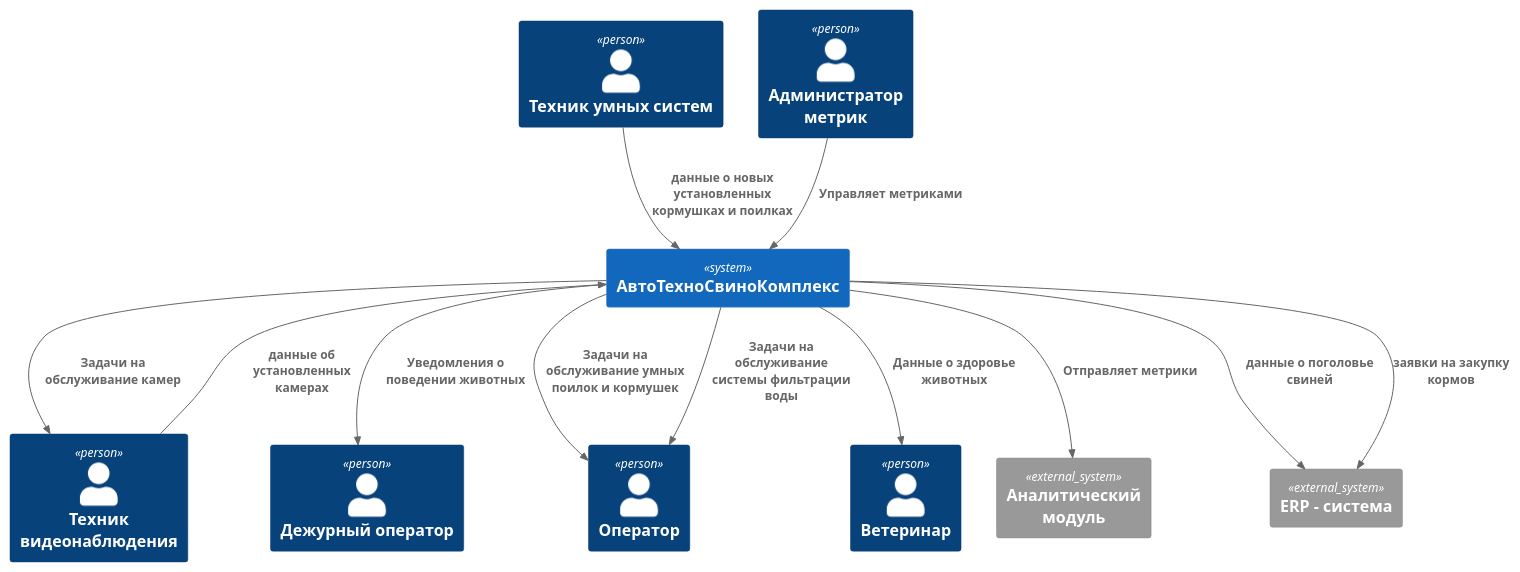
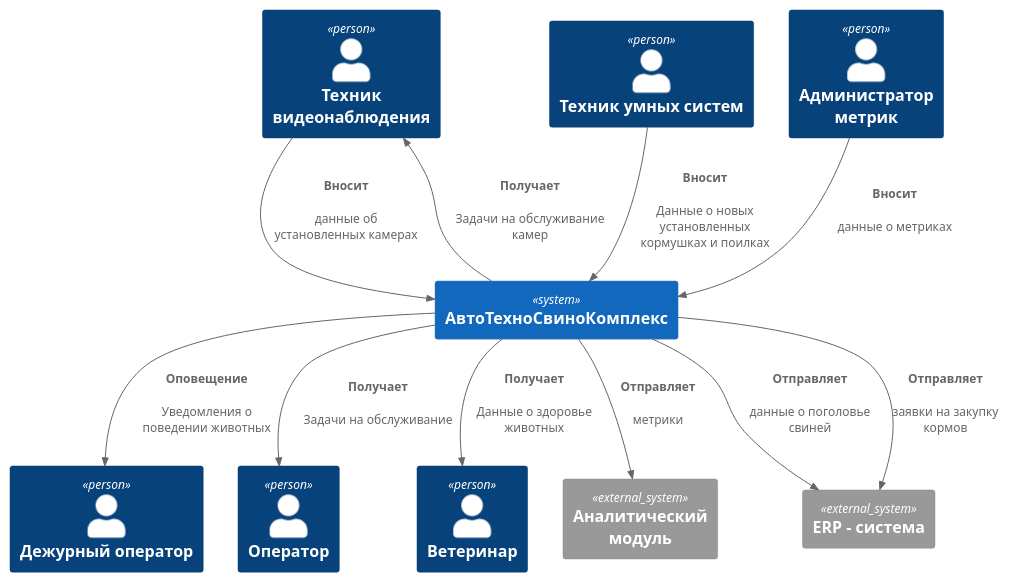
The diagram in Task1/ATCK_C4_Context.puml (mirray/MSA-AgroTech), drawn with PlantUML before and after one commit.

Commit message:
improve layout

```diff
--- a/Task1/ATCK_C4_Context.puml
+++ b/Task1/ATCK_C4_Context.puml
@@ -1,28 +1,27 @@
 @startuml Архитектура_АвтоТехноСвиноКомплекс_v1
 !include <C4/C4_Context>
 
 ' === Участники ===
 Person(duty_operator, "Дежурный оператор")
 Person(technican, "Техник умных систем")
 Person(cv_technican, "Техник видеонаблюдения")
 Person(operator, "Оператор")
 Person(vet, "Ветеринар")
 Person(metric_admin, "Администратор метрик")
 
 System_Ext(analytic, "Аналитический модуль")
 System_Ext(erp, "ERP - система")
 
 System(atck, "АвтоТехноСвиноКомплекс")
 
-Rel(atck, duty_operator, "Уведомления о поведении животных")
-Rel(atck, operator, "Задачи на обслуживание умных поилок и кормушек")
-Rel(atck, operator, "Задачи на обслуживание системы фильтрации воды")
-Rel(atck, vet, "Данные о здоровье животных")
-Rel(technican, atck, "данные о новых установленных кормушках и поилках")
-Rel(atck, erp, "данные о поголовье свиней")
-Rel(atck, erp, "заявки на закупку кормов")
-Rel(atck, analytic, "Отправляет метрики")
-Rel(metric_admin, atck, "Управляет метриками")
-Rel(cv_technican, atck, "данные об установленных камерах")
-Rel(atck, cv_technican, "Задачи на обслуживание камер")
+Rel_D(atck, duty_operator, "Оповещение","","Уведомления о поведении животных")
+Rel(atck, operator, "Получает", "" ,"Задачи на обслуживание")
+Rel(atck, vet, "Получает", "", "Данные о здоровье животных")
+Rel_D(technican, atck,"Вносит", "", "Данные о новых установленных кормушках и поилках")
+Rel(atck, analytic, "Отправляет", "", "метрики")
+Rel(atck, erp, "Отправляет", "", "данные о поголовье свиней")
+Rel(atck, erp, "Отправляет", "", "заявки на закупку кормов")
+Rel_D(metric_admin, atck,"Вносит", "", "данные о метриках")
+Rel_D(cv_technican, atck,"Вносит", "", "данные об установленных камерах")
+Rel_U(atck, cv_technican, "Получает", "" ,"Задачи на обслуживание камер")
 @enduml
```
